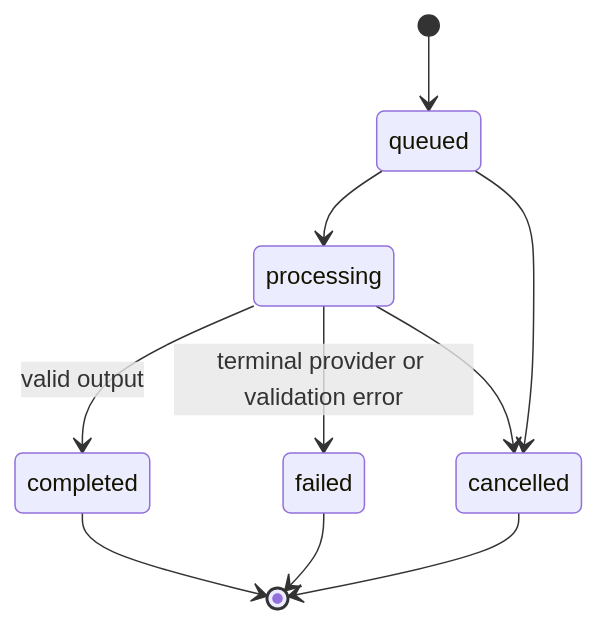
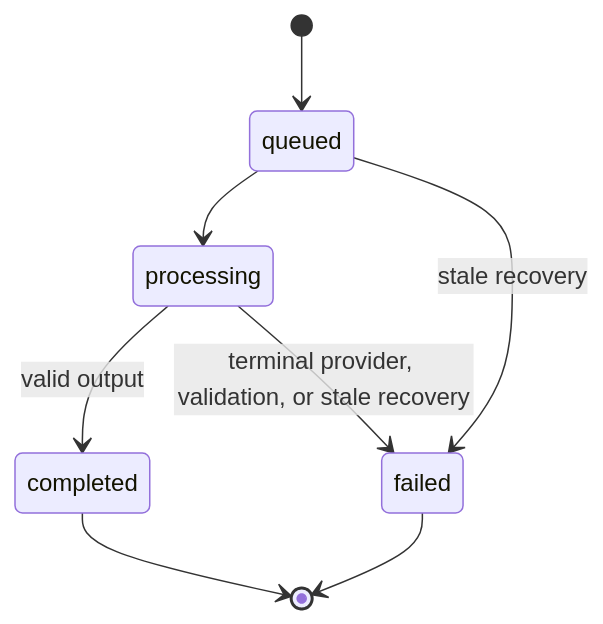
The second of 5 diagrams in docs/architecture/FLOW.md (1aghismuhammad/Quiestion-Bank-), drawn with Mermaid before and after one commit. The commit also changed other lines of this file and 42 other files, not shown here.

Commit message:
feat: complete generation UI and stale recovery

````diff
--- a/docs/architecture/FLOW.md
+++ b/docs/architecture/FLOW.md
@@ -102,12 +104,10 @@
 ```mermaid
 stateDiagram-v2
     [*] --> queued
     queued --> processing
     processing --> completed: valid output
-    processing --> failed: terminal provider or validation error
-    queued --> cancelled
-    processing --> cancelled
+    processing --> failed: terminal provider, validation, or stale recovery
+    queued --> failed: stale recovery
     completed --> [*]
     failed --> [*]
-    cancelled --> [*]
 ```
````
